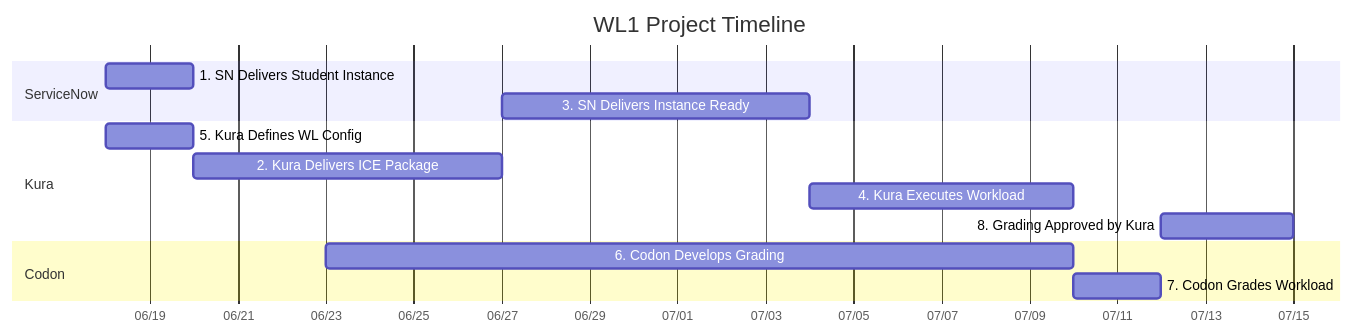
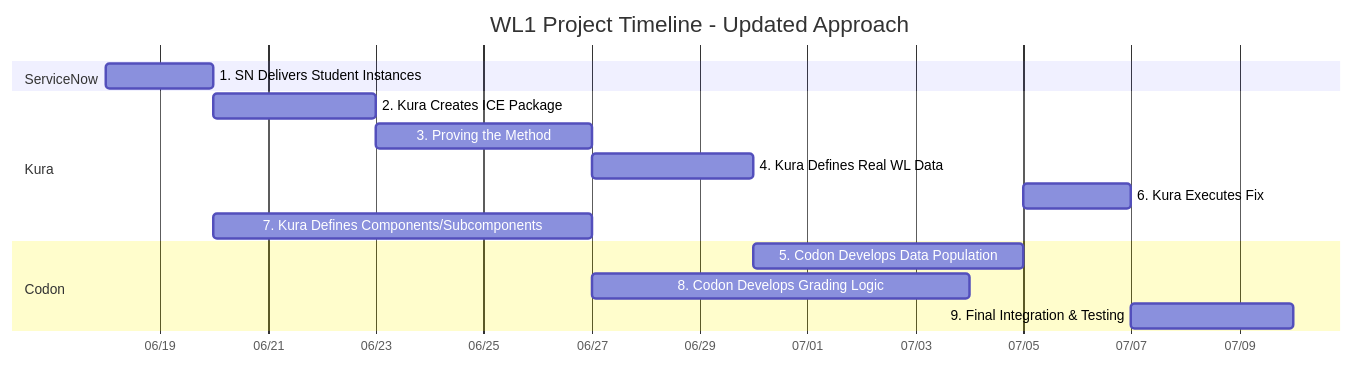
The diagram in readme.md (elmorenox/wl1_mermaid), drawn with Mermaid before and after one commit. The commit also changed other lines of this file, not shown here.

````diff
--- a/readme.md
+++ b/readme.md
@@ -5,20 +5,21 @@
 ```mermaid
 gantt
-    title WL1 Project Timeline
+    title WL1 Project Timeline - Updated Approach
     dateFormat YYYY-MM-DD
     axisFormat %m/%d
     
     section ServiceNow
-    1. SN Delivers Student Instance       :sn1, 2025-06-18, 2025-06-20
-    3. SN Delivers Instance Ready         :sn3, after k2, 7d
+    1. SN Delivers Student Instances      :sn1, 2025-06-18, 2025-06-20
     
     section Kura
-    5. Kura Defines WL Config             :k5, 2025-06-18, 2025-06-20
-    2. Kura Delivers ICE Package          :k2, after sn1, 7d
-    4. Kura Executes Workload             :k4, after sn3, 6d
-    8. Grading Approved by Kura           :k8, after c7, 3d
+    2. Kura Creates ICE Package           :k2, after sn1, 3d
+    3. Proving the Method                 :k3, after k2, 4d
+    4. Kura Defines Real WL Data          :k4, after k3, 3d
+    6. Kura Executes Fix                  :k6, after c5, 2d
+    7. Kura Defines Components/Subcomponents :k7, 2025-06-20, 2025-06-27
     
     section Codon
-    6. Codon Develops Grading             :c6, 2025-06-23, 2025-07-10
-    7. Codon Grades Workload              :c7, after k4, 2d
+    5. Codon Develops Data Population     :c5, after k4, 5d
+    8. Codon Develops Grading Logic       :c8, after k7, 7d
+    9. Final Integration & Testing        :c9, after k6 c8, 3d
 ```
````
